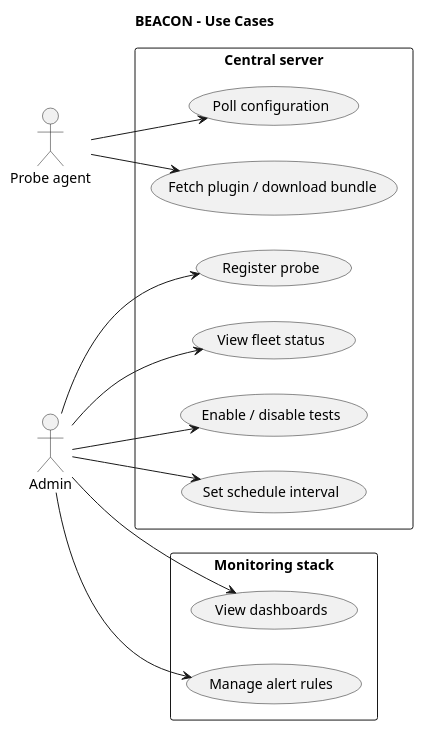
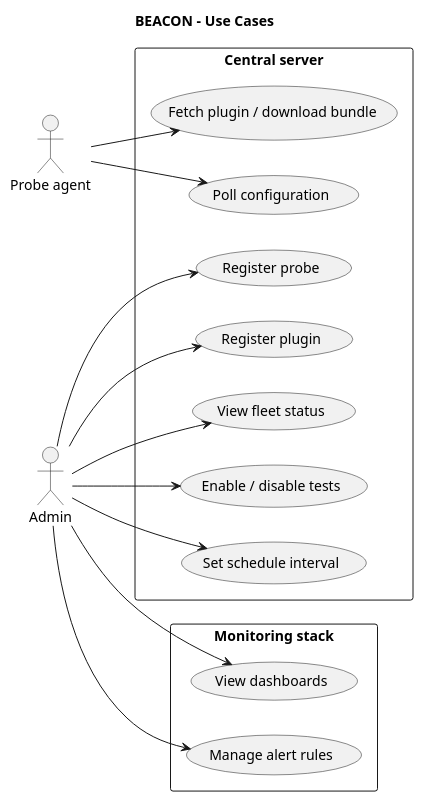
Before and after one commit to vhfba/beacon: the diagram in docs/architecture/use-cases-diagram.puml, drawn with PlantUML. The commit also changed 102 other files, not shown here.

First line of the commit message:
Add initial documentation and architecture for monitoring stack and probe agent

```diff
--- a/docs/architecture/use-cases-diagram.puml
+++ b/docs/architecture/use-cases-diagram.puml
@@ -1,34 +1,36 @@
 @startuml
 title BEACON - Use Cases
 
 left to right direction
 
 actor Admin as admin
 actor "Probe agent" as probe
 
 rectangle "Central server" as central {
   usecase "Register probe" as UC_Register 
+  usecase "Register plugin" as UC_RegPlugin
   usecase "View fleet status" as UC_Fleet 
   usecase "Enable / disable tests" as UC_Enable 
   usecase "Set schedule interval" as UC_Schedule 
 
   usecase "Poll configuration" as UC_Poll 
   usecase "Fetch plugin / download bundle" as UC_Plugin 
 }
 
 rectangle "Monitoring stack" as monitoring {
   usecase "View dashboards" as UC_Dash 
   usecase "Manage alert rules" as UC_Alerts 
 }
 
 admin --> UC_Register
+admin --> UC_RegPlugin
 admin --> UC_Fleet
 admin --> UC_Enable
 admin --> UC_Schedule
 admin --> UC_Dash
 admin --> UC_Alerts
 
 probe --> UC_Poll
 probe --> UC_Plugin
 
 @enduml
```
